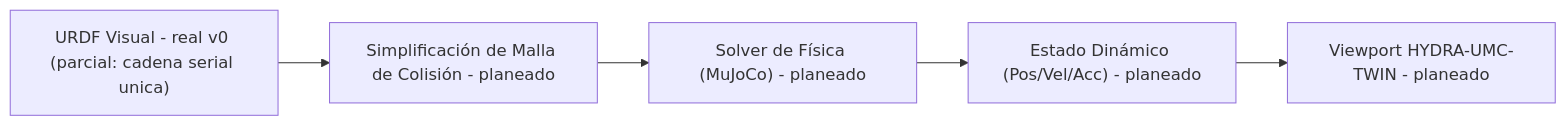
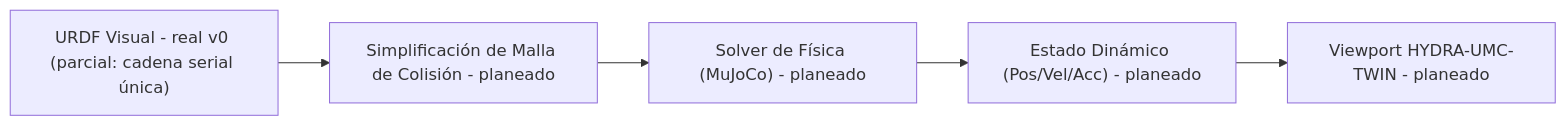
Before and after one commit to JuanenRac/HYDRA-UMC-PHYSICS-REPLICA: the diagram in README_spa.md, drawn with Mermaid. The commit also changed other lines of this file and 7 other files, not shown here.

````diff
--- a/README_spa.md
+++ b/README_spa.md
@@ -45,7 +45,7 @@
 ```mermaid
 flowchart LR
-    URDF["URDF Visual - real v0 (parcial: cadena serial unica)"] --> MESH["Simplificación de Malla de Colisión - planeado"]
+    URDF["URDF Visual - real v0 (parcial: cadena serial única)"] --> MESH["Simplificación de Malla de Colisión - planeado"]
     MESH --> SOLVE["Solver de Física (MuJoCo) - planeado"]
     SOLVE --> DYN["Estado Dinámico (Pos/Vel/Acc) - planeado"]
     DYN --> TWIN["Viewport HYDRA-UMC-TWIN - planeado"]
 ```
````
